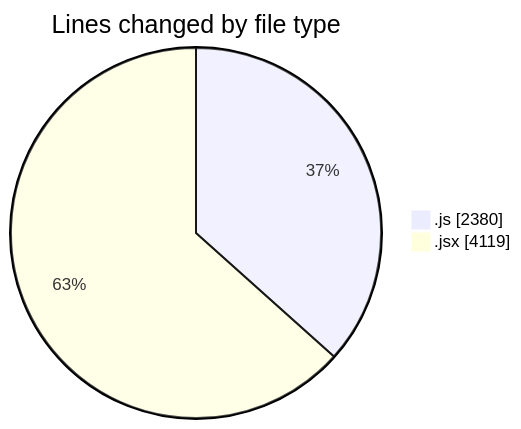
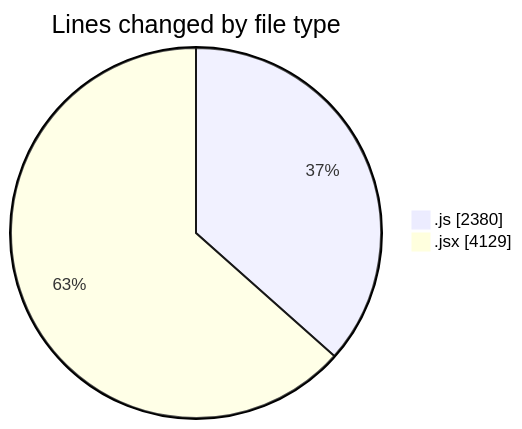
Before and after one commit to nxtqubesakshisongat/code-tracking: the first of 2 diagrams in 2026-01-04/nxtqube_webapp/README.md, drawn with Mermaid. The commit also changed other lines of this file and 1 other file, not shown here.

````diff
--- a/2026-01-04/nxtqube_webapp/README.md
+++ b/2026-01-04/nxtqube_webapp/README.md
@@ -22,6 +22,6 @@
 ```mermaid
 pie showData
 title Lines changed by file type
 ".js" : 2380
-".jsx" : 4119
+".jsx" : 4129
 ```
````
